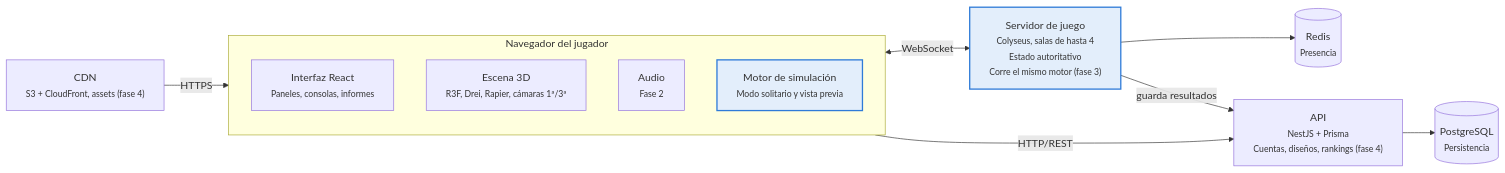
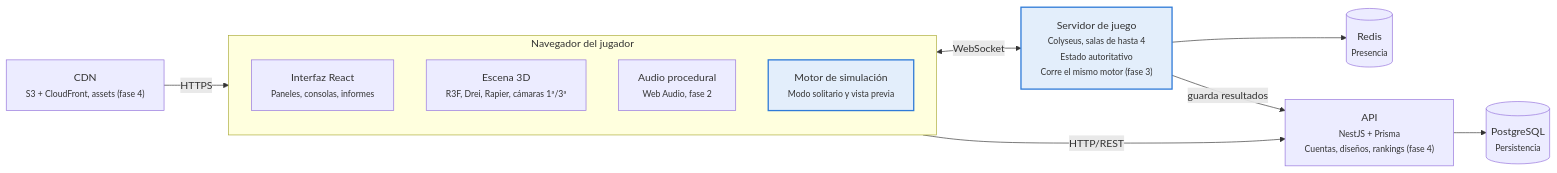
One commit to katsevi/payload changed the diagram in docs/ARCHITECTURE.md. Above: the diagram before and after it, drawn with Mermaid. The commit also changed other lines of this file and 115 other files, not shown here.

````diff
--- a/docs/ARCHITECTURE.md
+++ b/docs/ARCHITECTURE.md
@@ -12,22 +12,22 @@
 ```mermaid
 flowchart LR
     subgraph NAV["Navegador del jugador"]
         UI["Interfaz React<br/><small>Paneles, consolas, informes</small>"]
         ESC["Escena 3D<br/><small>R3F, Drei, Rapier, cámaras 1ª/3ª</small>"]
-        AUD["Audio<br/><small>Fase 2</small>"]
+        AUD["Audio procedural<br/><small>Web Audio, fase 2</small>"]
         SIM1["Motor de simulación<br/><small>Modo solitario y vista previa</small>"]
     end
     CDN["CDN<br/><small>S3 + CloudFront, assets (fase 4)</small>"]
     GS["Servidor de juego<br/><small>Colyseus, salas de hasta 4<br/>Estado autoritativo<br/>Corre el mismo motor (fase 3)</small>"]
     API["API<br/><small>NestJS + Prisma<br/>Cuentas, diseños, rankings (fase 4)</small>"]
     RED[("Redis<br/><small>Presencia</small>")]
     PG[("PostgreSQL<br/><small>Persistencia</small>")]
     CDN -- HTTPS --> NAV
     NAV <-- WebSocket --> GS
     NAV -- "HTTP/REST" --> API
     GS --> RED
     GS -- "guarda resultados" --> API
     API --> PG
     style SIM1 fill:#e3eefb,stroke:#2f7bd8,stroke-width:2px
     style GS fill:#e3eefb,stroke:#2f7bd8,stroke-width:2px
 ```
````
